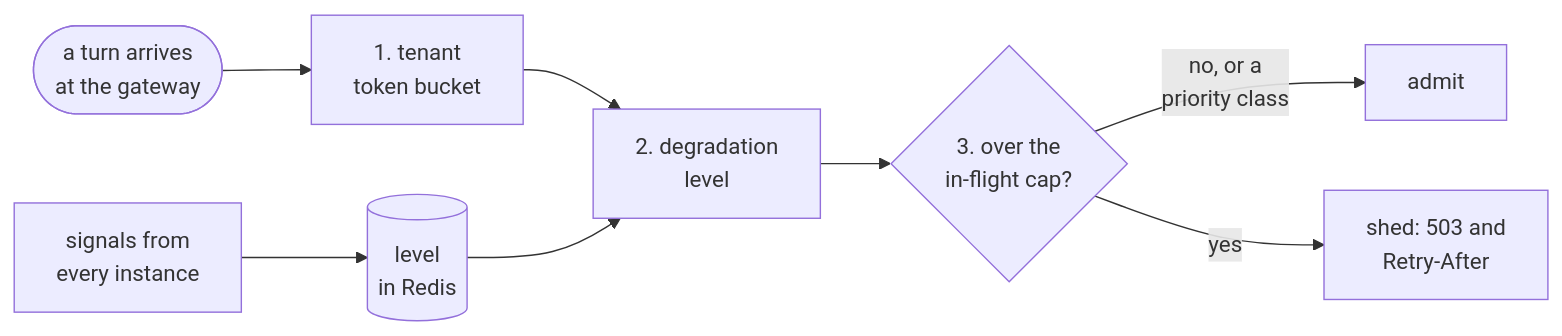
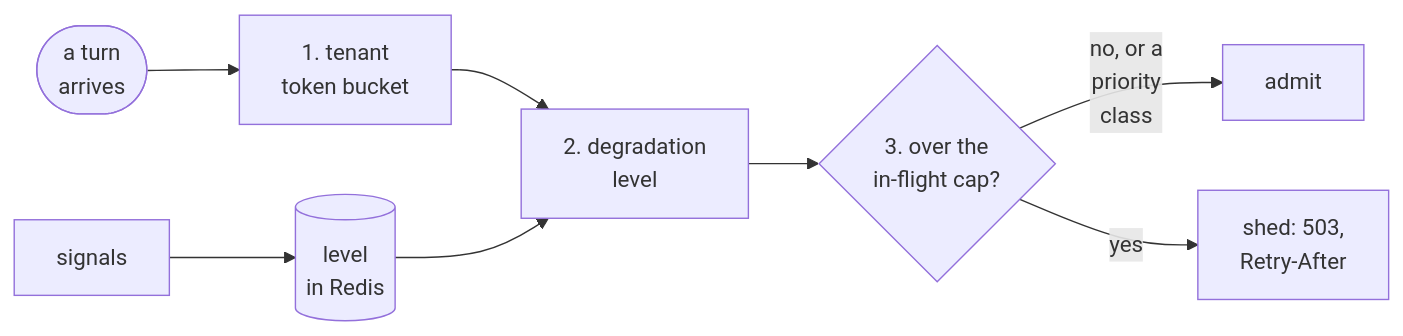
One commit to aniryou/full-stack-agentic-engineer changed the second of 2 diagrams in 06-gateway/scaling-admission-cost/agentic-scaling-lab/docs/scaling-agentic-solutions-on-google-cloud.md. Above: the diagram before and after it, drawn with Mermaid. The commit also changed other lines of this file and 93 other files, not shown here.

````diff
--- a/06-gateway/scaling-admission-cost/agentic-scaling-lab/docs/scaling-agentic-solutions-on-google-cloud.md
+++ b/06-gateway/scaling-admission-cost/agentic-scaling-lab/docs/scaling-agentic-solutions-on-google-cloud.md
@@ -412,10 +412,10 @@
 ```mermaid
 flowchart LR
-  T(["a turn arrives<br/>at the gateway"]) --> Q1["1. tenant<br/>token bucket"]
+  T(["a turn<br/>arrives"]) --> Q1["1. tenant<br/>token bucket"]
   Q1 --> Q2["2. degradation<br/>level"]
   Q2 --> Q3{"3. over the<br/>in-flight cap?"}
-  Q3 -- "no, or a<br/>priority class" --> A["admit"]
-  Q3 -- "yes" --> SH["shed: 503 and<br/>Retry-After"]
-  SIG["signals from<br/>every instance"] --> L[("level<br/>in Redis")]
+  Q3 -- "no, or a<br/>priority<br/>class" --> A["admit"]
+  Q3 -- "yes" --> SH["shed: 503,<br/>Retry-After"]
+  SIG["signals"] --> L[("level<br/>in Redis")]
   L --> Q2
 ```
````
